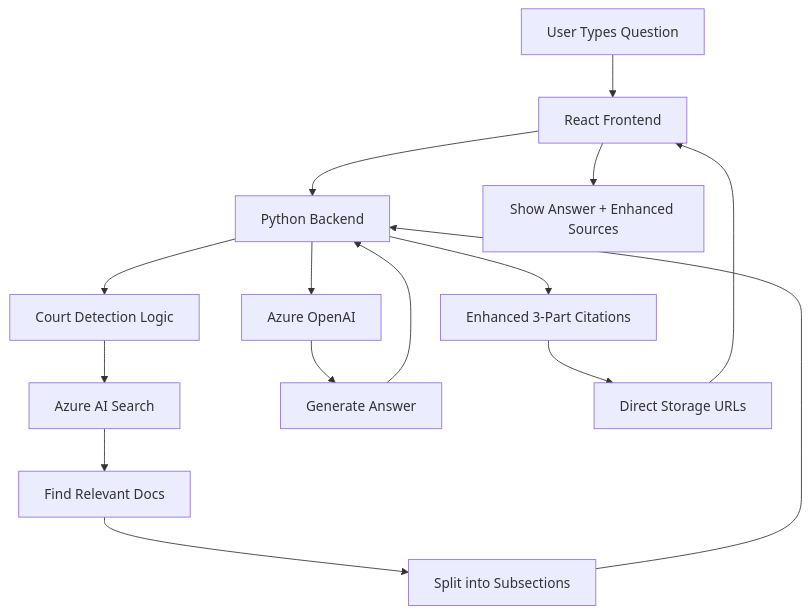
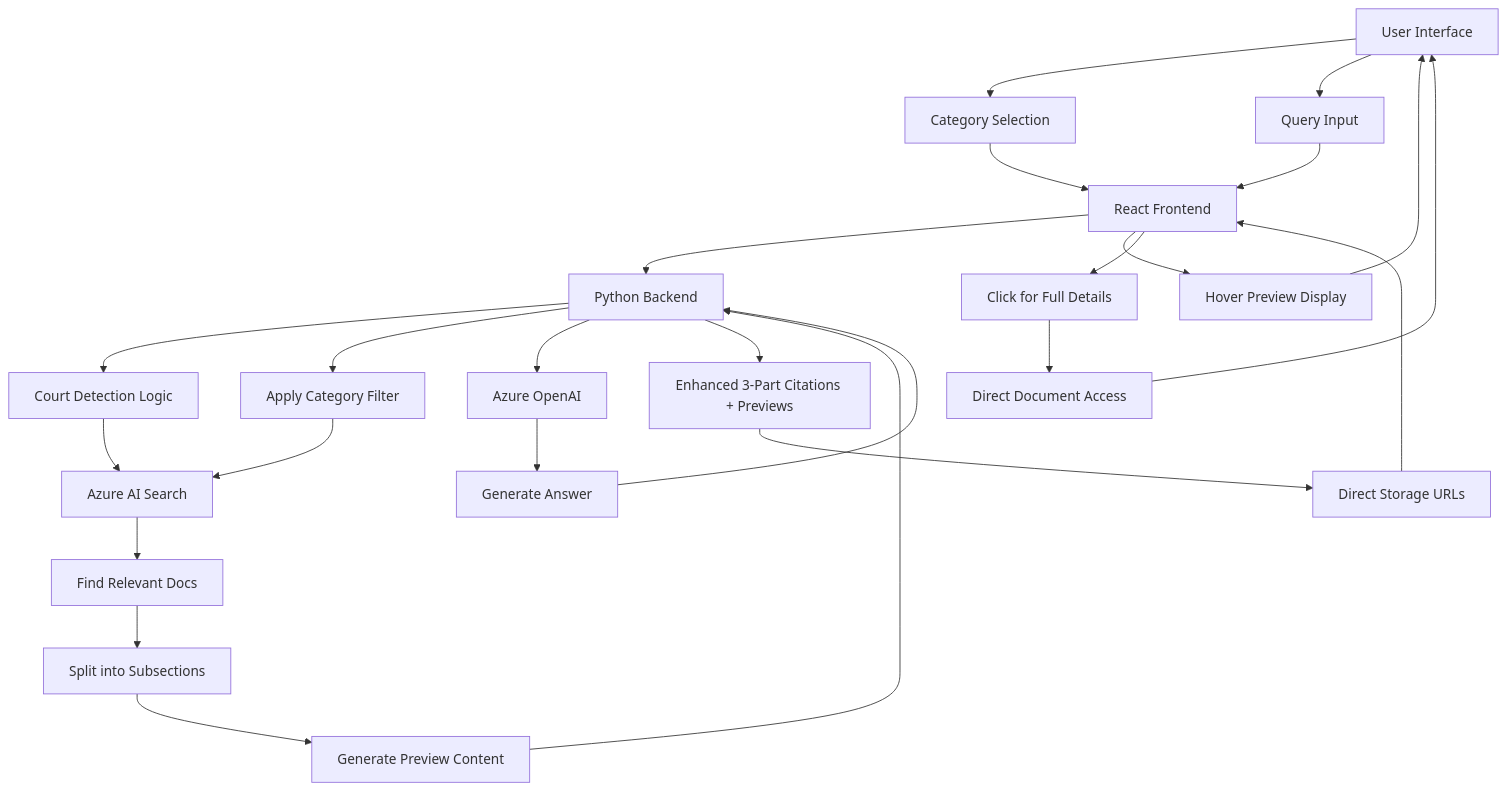
One commit to Adalex-AI/azure-search-openai-demo changed the first of 2 diagrams in changes and architecture/ARCHITECTURE_OVERVIEW.md. Above: the diagram before and after it, drawn with Mermaid. The commit also changed other lines of this file and 25 other files, not shown here.

````diff
--- a/changes and architecture/ARCHITECTURE_OVERVIEW.md
+++ b/changes and architecture/ARCHITECTURE_OVERVIEW.md
@@ -80,17 +77,35 @@
 ```mermaid
 graph TD
-    User[User Types Question] --> Frontend[React Frontend]
+    User[User Interface] --> CategorySelect[Category Selection]
+    User --> QueryInput[Query Input]
+    
+    CategorySelect --> Frontend[React Frontend]
+    QueryInput --> Frontend
+    
     Frontend --> Backend[Python Backend]
-    Backend --> CourDetect[Court Detection Logic]
-    CourDetect --> Search[Azure AI Search]
+    Backend --> CourtDetect[Court Detection Logic]
+    Backend --> CategoryFilter[Apply Category Filter]
+    
+    CourtDetect --> Search[Azure AI Search]
+    CategoryFilter --> Search
+    
     Search --> Documents[Find Relevant Docs]
     Documents --> SubsectionSplit[Split into Subsections]
-    SubsectionSplit --> Backend
+    SubsectionSplit --> PreviewGen[Generate Preview Content]
+    
+    PreviewGen --> Backend
     Backend --> OpenAI[Azure OpenAI]
     OpenAI --> Answer[Generate Answer]
+    
     Answer --> Backend
-    Backend --> EnhancedCitations[Enhanced 3-Part Citations]
+    Backend --> EnhancedCitations[Enhanced 3-Part Citations + Previews]
     EnhancedCitations --> StorageURL[Direct Storage URLs]
+    
     StorageURL --> Frontend
-    Frontend --> Display[Show Answer + Enhanced Sources]
+    Frontend --> HoverDisplay[Hover Preview Display]
+    Frontend --> ClickAction[Click for Full Details]
+    
+    HoverDisplay --> User
+    ClickAction --> DocumentViewer[Direct Document Access]
+    DocumentViewer --> User
 ```
````
